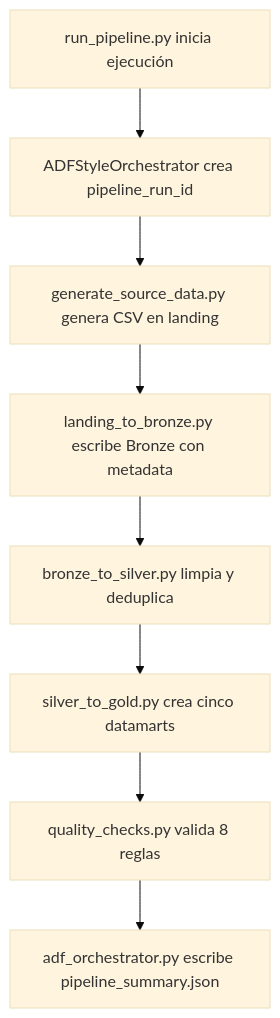
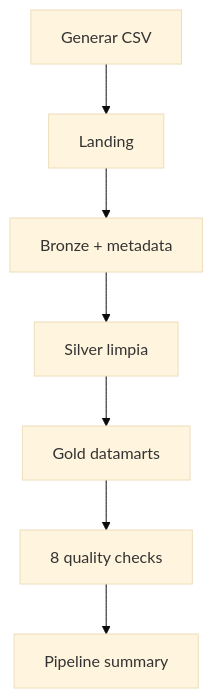
The diagram in 22-azure-adf-databricks-medallion/docs/learnings_and_concepts.md (franciscosalaspla/data-engineering-portfolio), drawn with Mermaid (base theme) before and after one commit. The commit also changed other lines of this file, not shown here.

````diff
--- a/22-azure-adf-databricks-medallion/docs/learnings_and_concepts.md
+++ b/22-azure-adf-databricks-medallion/docs/learnings_and_concepts.md
@@ -173,10 +13,9 @@
 ```mermaid
 flowchart TD
-    A["run_pipeline.py inicia ejecución"] --> B["ADFStyleOrchestrator crea pipeline_run_id"]
-    B --> C["generate_source_data.py genera CSV en landing"]
-    C --> D["landing_to_bronze.py escribe Bronze con metadata"]
-    D --> E["bronze_to_silver.py limpia y deduplica"]
-    E --> F["silver_to_gold.py crea cinco datamarts"]
-    F --> G["quality_checks.py valida 8 reglas"]
-    G --> H["adf_orchestrator.py escribe pipeline_summary.json"]
+    A["Generar CSV"] --> B["Landing"]
+    B --> C["Bronze + metadata"]
+    C --> D["Silver limpia"]
+    D --> E["Gold datamarts"]
+    E --> F["8 quality checks"]
+    F --> G["Pipeline summary"]
 ```
````
